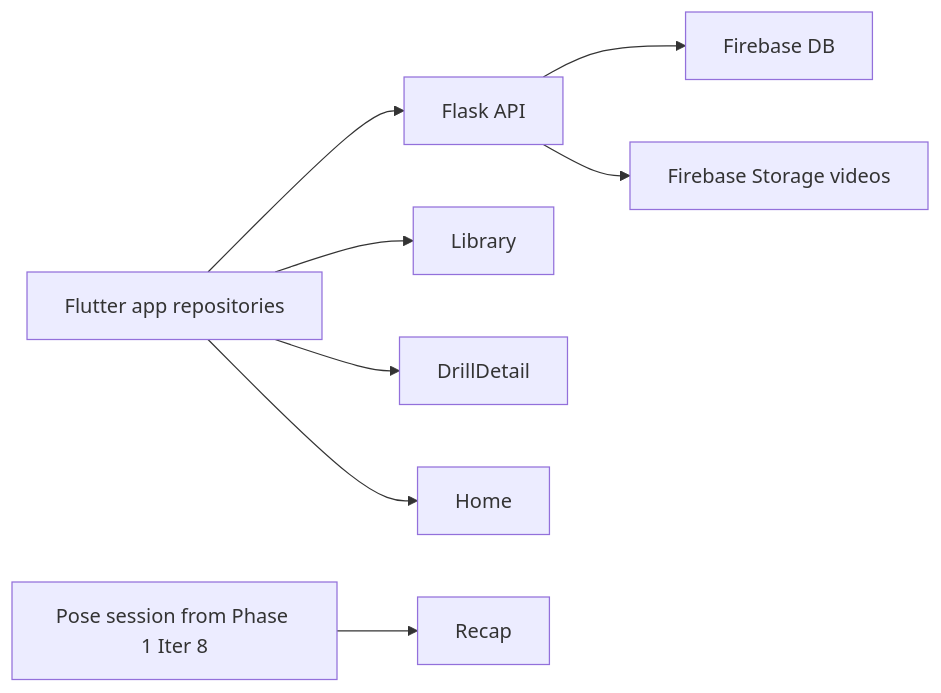
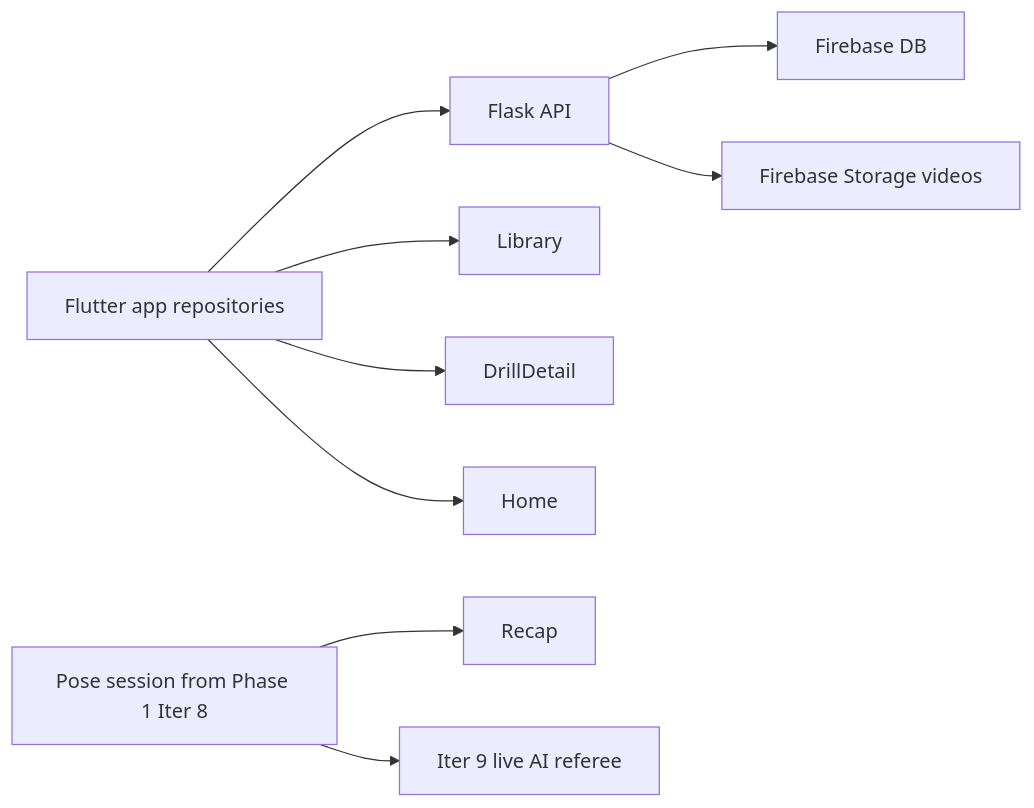
The diagram in docs/SETPOINT_PHASE2_HANDOFF.md (e88040429-code/SportsAiAPP), drawn with Mermaid before and after one commit. The commit also changed other lines of this file and 23 other files, not shown here.

````diff
--- a/docs/SETPOINT_PHASE2_HANDOFF.md
+++ b/docs/SETPOINT_PHASE2_HANDOFF.md
@@ -33,10 +33,11 @@
 ```mermaid
 flowchart LR
   Flutter["Flutter app repositories"] --> Flask["Flask API"]
   Flask --> FirebaseDB["Firebase DB"]
   Flask --> FirebaseStorage["Firebase Storage videos"]
   Flutter --> Library
   Flutter --> DrillDetail
   Flutter --> Home
   SessionPose["Pose session from Phase 1 Iter 8"] --> Recap
+  SessionPose --> Referee["Iter 9 live AI referee"]
 ```
````
